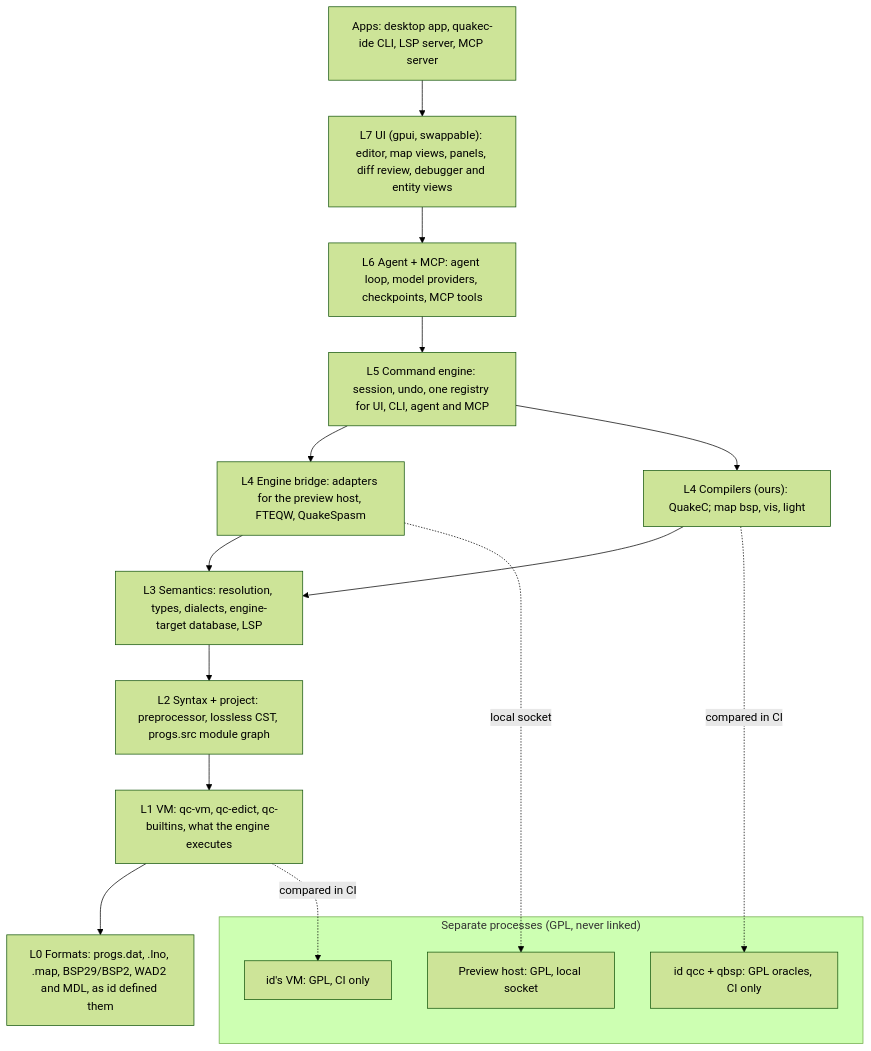
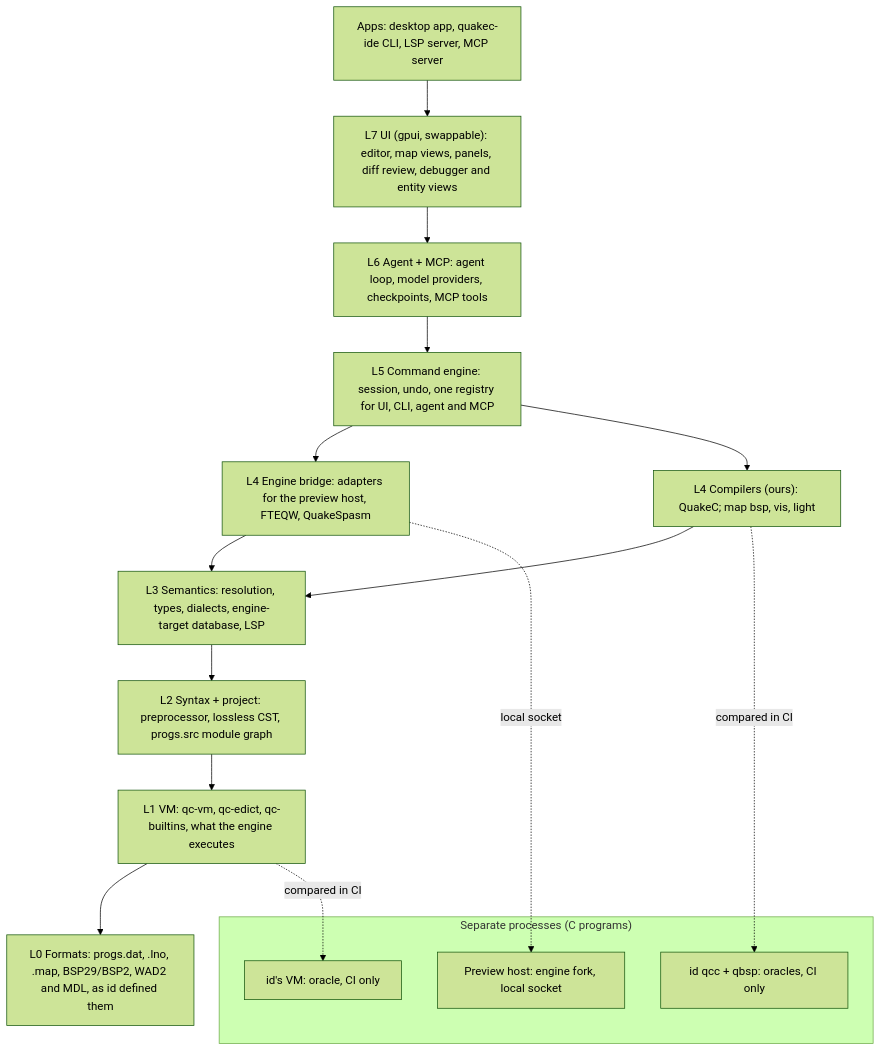
Before and after one commit to quakecstudio/editor: the diagram in docs/design/design-doc.md, drawn with Mermaid (forest theme). The commit also changed other lines of this file and 35 other files, not shown here.

````diff
--- a/docs/design/design-doc.md
+++ b/docs/design/design-doc.md
@@ -94,27 +92,27 @@
 ```mermaid
 flowchart TB
   apps["Apps: desktop app, quakec-ide CLI, LSP server, MCP server"]
   ui["L7 UI (gpui, swappable): editor, map views, panels, diff review, debugger and entity views"]
   agent["L6 Agent + MCP: agent loop, model providers, checkpoints, MCP tools"]
   cmd["L5 Command engine: session, undo, one registry for UI, CLI, agent and MCP"]
   eb["L4 Engine bridge: adapters for the preview host, FTEQW, QuakeSpasm"]
   cb["L4 Compilers (ours): QuakeC; map bsp, vis, light"]
   sema["L3 Semantics: resolution, types, dialects, engine-target database, LSP"]
   syn["L2 Syntax + project: preprocessor, lossless CST, progs.src module graph"]
   vm["L1 VM: qc-vm, qc-edict, qc-builtins, what the engine executes"]
   fmt["L0 Formats: progs.dat, .lno, .map, BSP29/BSP2, WAD2 and MDL, as id defined them"]
-  subgraph gpl["Separate processes (GPL, never linked)"]
-    oracles["id qcc + qbsp: GPL oracles, CI only"]
-    host["Preview host: GPL, local socket"]
-    idvm["id's VM: GPL, CI only"]
+  subgraph gpl["Separate processes (C programs)"]
+    oracles["id qcc + qbsp: oracles, CI only"]
+    host["Preview host: engine fork, local socket"]
+    idvm["id's VM: oracle, CI only"]
   end
   apps --> ui --> agent --> cmd
   cmd --> eb
   cmd --> cb
   eb --> sema
   cb --> sema
   sema --> syn --> vm --> fmt
   cb -. compared in CI .-> oracles
   eb -. local socket .-> host
   vm -. compared in CI .-> idvm
 ```
````
